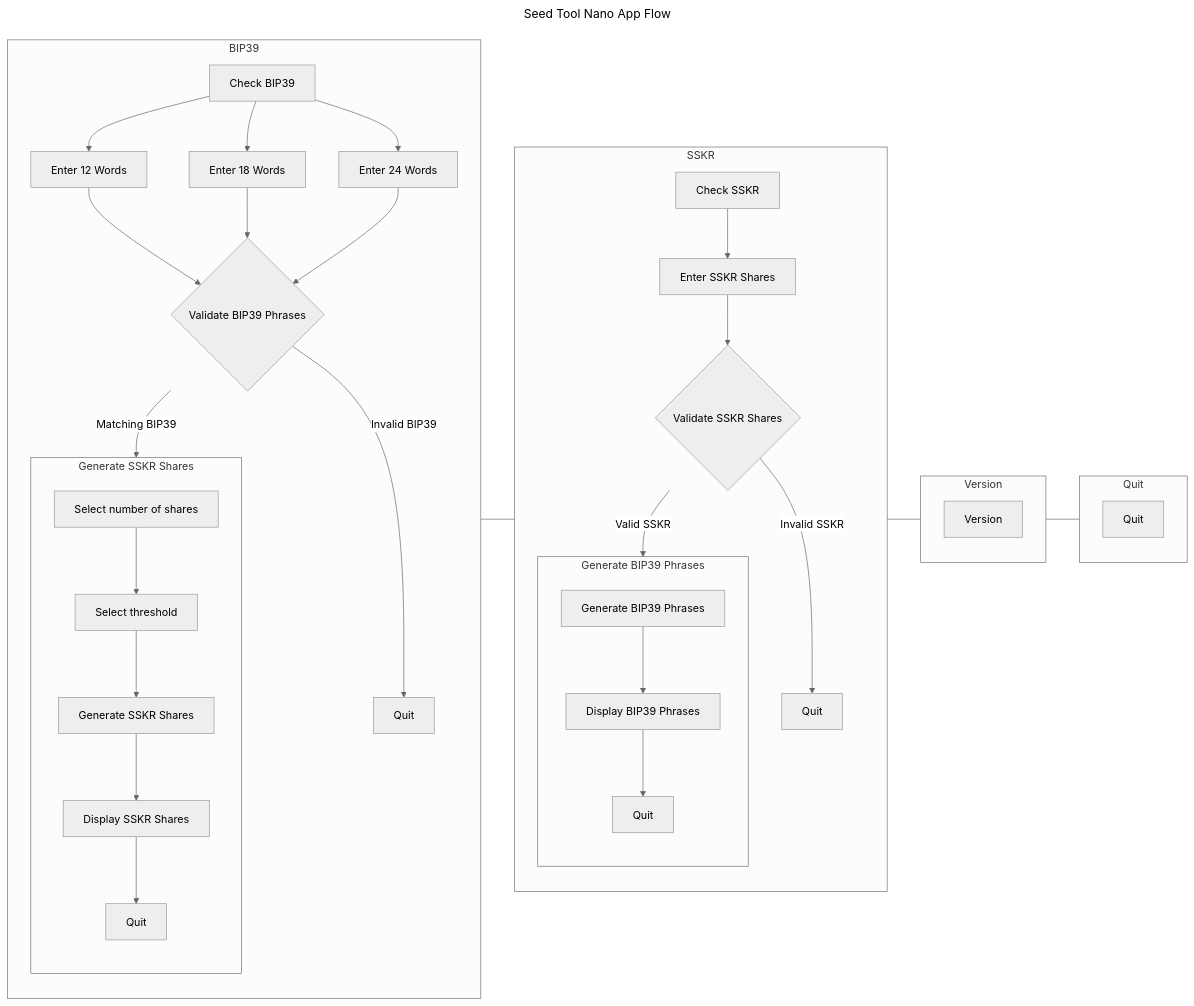
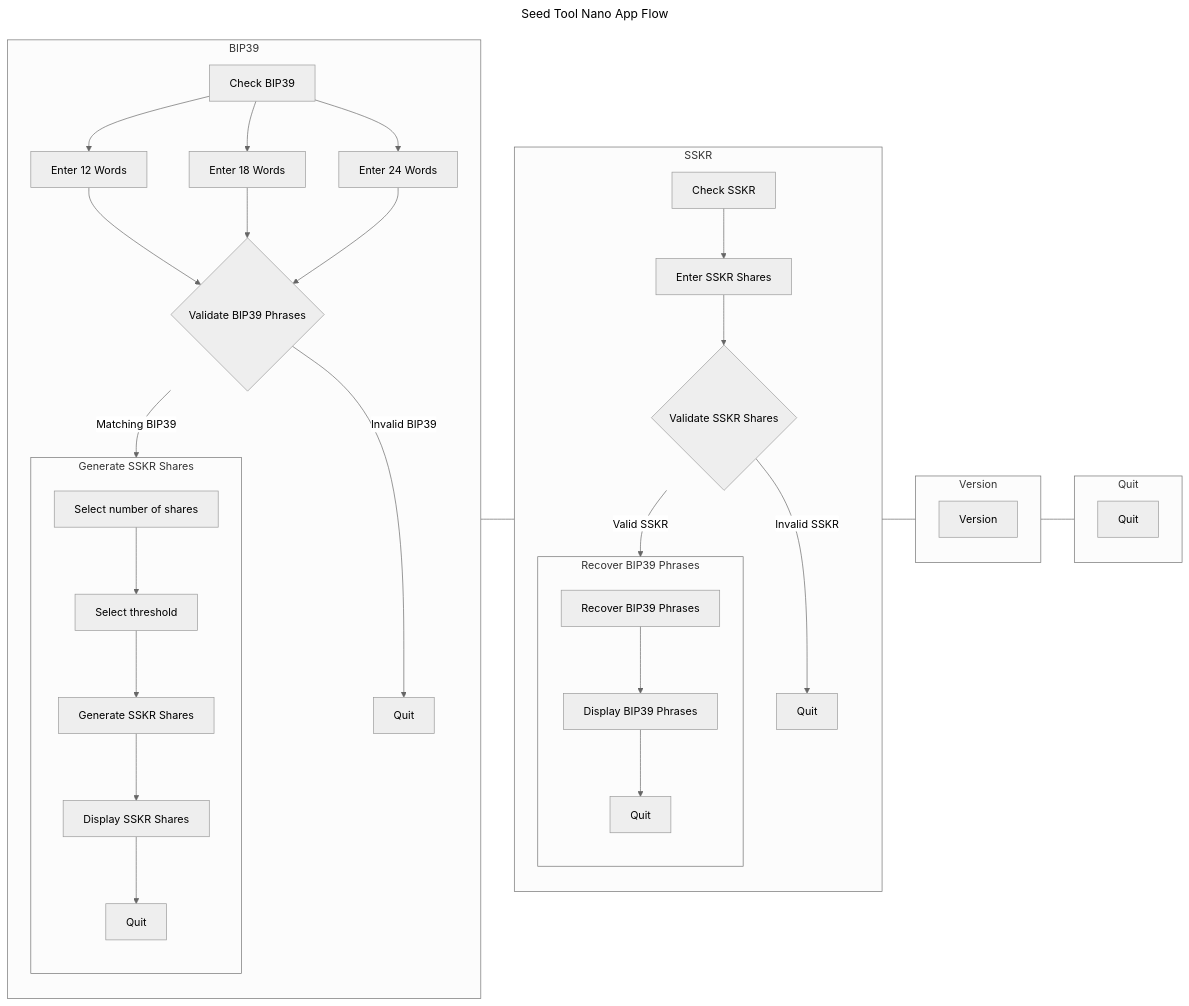
The first of 3 diagrams in README.md (LedgerHQ/app-recovery-check), drawn with Mermaid (neutral theme) before and after one commit. The commit also changed other lines of this file and 12 other files, not shown here.

````diff
--- a/README.md
+++ b/README.md
@@ -69,38 +69,38 @@
 ```mermaid
 ---
 title: Seed Tool Nano App Flow
 ---
 flowchart LR
     1 --- 2 --- 3 --- 4
     subgraph 1[BIP39]
         direction TB
         1.1[Check BIP39]
         1.1 --> 1.2.1[Enter 12 Words] --> 1.3{Validate BIP39 Phrases}
         1.1 --> 1.2.2[Enter 18 Words] --> 1.3
         1.1 --> 1.2.3[Enter 24 Words] --> 1.3
         1.3 --> |Matching BIP39| 1.4
         1.3 --> |Invalid BIP39| 1.3.1[Quit]
         subgraph 1.4[Generate SSKR Shares]
             direction TB
             1.4.1[Select number of shares] --> 1.4.2[Select threshold] --> 1.4.3[Generate SSKR Shares] --> 1.4.4[Display SSKR Shares] --> 1.4.5[Quit]
         end
     end
     subgraph 2[SSKR]
         direction TB
         2.1[Check SSKR] --> 2.2[Enter SSKR Shares] --> 2.3{Validate SSKR Shares}
         2.3 --> |Valid SSKR| 2.4
         2.3 --> |Invalid SSKR| 2.3.1[Quit]
-        subgraph 2.4[Generate BIP39 Phrases]
+        subgraph 2.4[Recover BIP39 Phrases]
             direction TB
-            2.4.1[Generate BIP39 Phrases] --> 2.4.2[Display BIP39 Phrases] --> 2.4.3[Quit]
+            2.4.1[Recover BIP39 Phrases] --> 2.4.2[Display BIP39 Phrases] --> 2.4.3[Quit]
         end
     end
     subgraph 3[Version]
         direction TB
         3.1[Version]
         end
     subgraph 4[Quit]
         direction TB
         4.1[Quit]
     end
 ```
````
